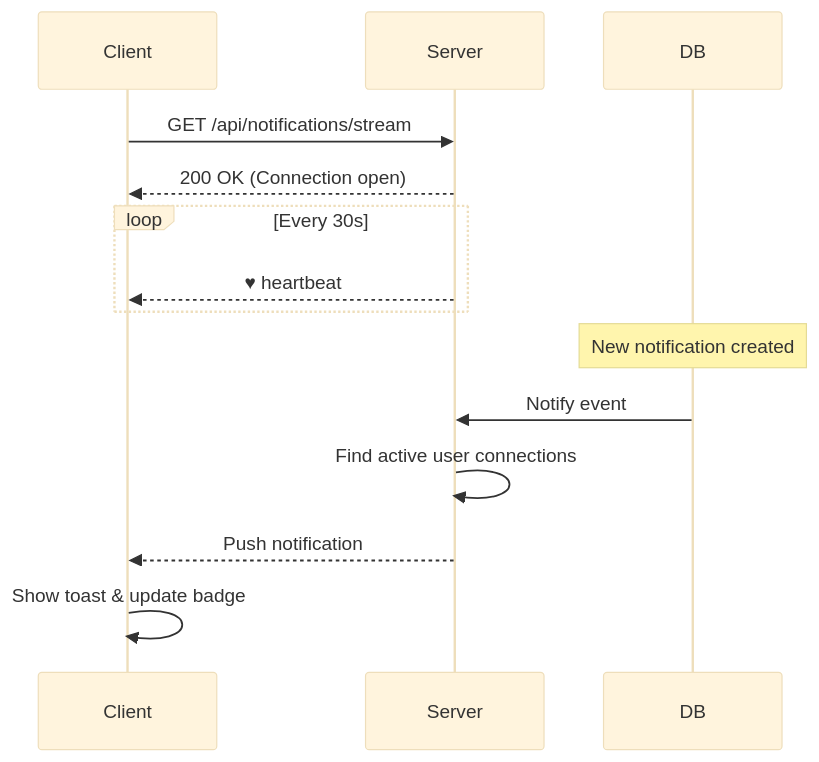
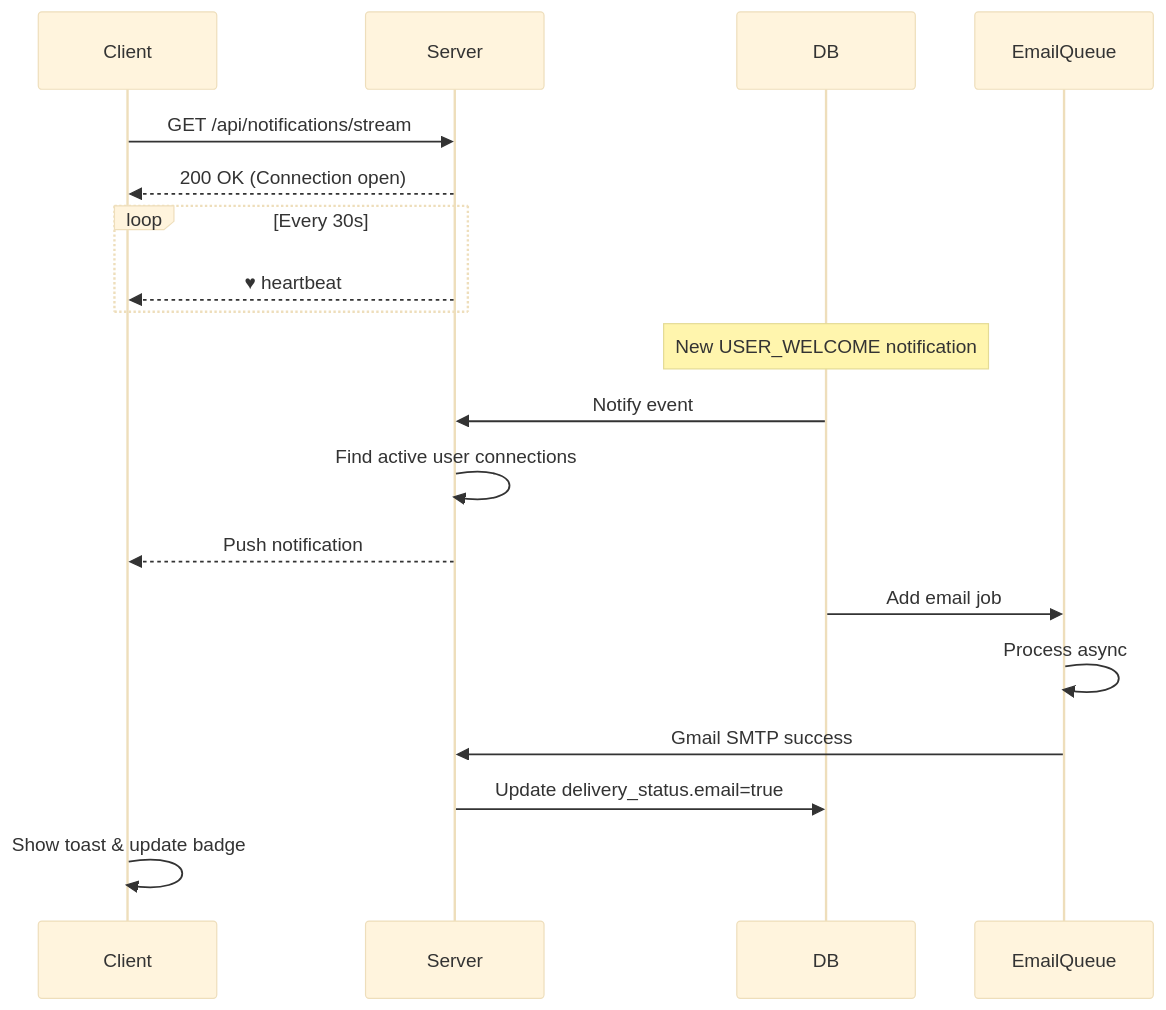
The third of 6 diagrams in backend/backend/docs/api/notification.md (Abdallah-A-Raafat/Nuralhealer), drawn with Mermaid (base theme) before and after one commit. The commit also changed other lines of this file and 5 other files, not shown here.

First line of the commit message:
Documentation ready:  Add Gmail SMTP email integration and update notification docs

````diff
--- a/backend/backend/docs/api/notification.md
+++ b/backend/backend/docs/api/notification.md
@@ -190,21 +204,27 @@
 ```mermaid
 sequenceDiagram
     participant Client
     participant Server
     participant DB
+    participant EmailQueue
 
     Client->>Server: GET /api/notifications/stream
     Server-->>Client: 200 OK (Connection open)
     
     loop Every 30s
         Server-->>Client: ♥ heartbeat
     end
 
-    Note over DB: New notification created
+    Note over DB: New USER_WELCOME notification
     
     DB->>Server: Notify event
     Server->>Server: Find active user connections
     Server-->>Client: Push notification
+    DB->>EmailQueue: Add email job
+    
+    EmailQueue->>EmailQueue: Process async
+    EmailQueue->>Server: Gmail SMTP success
+    Server->>DB: Update delivery_status.email=true
     
     Client->>Client: Show toast & update badge
 ```
````
